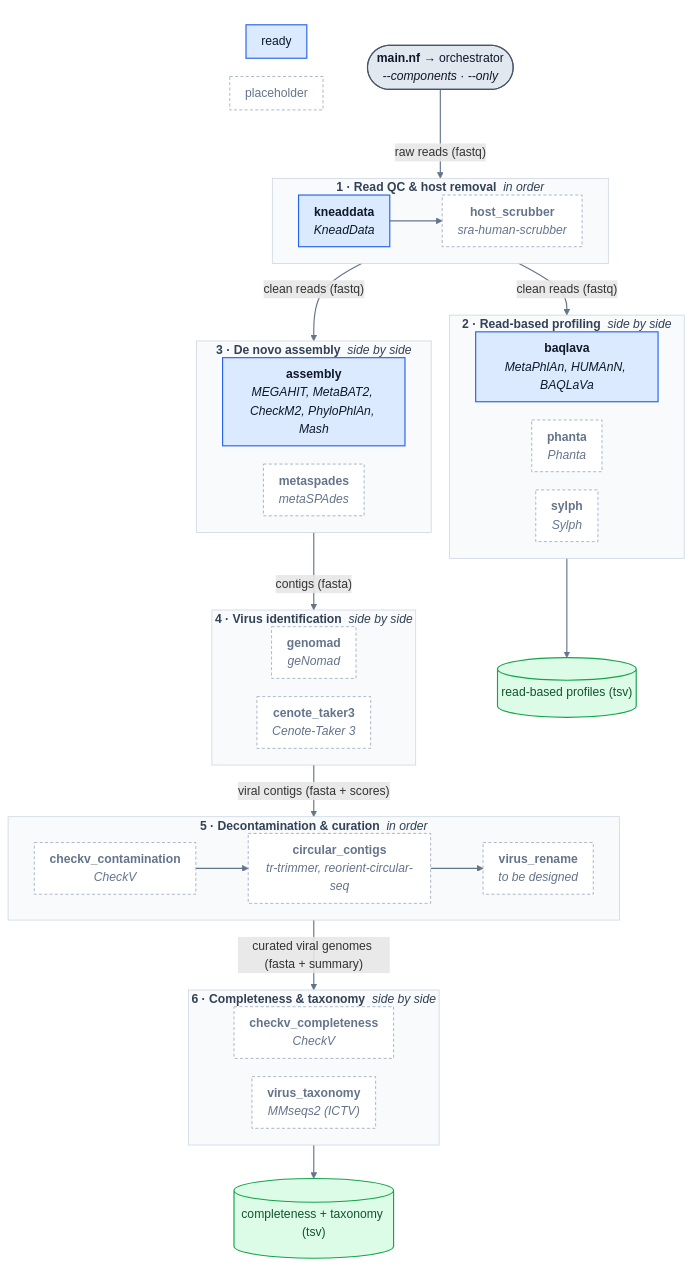
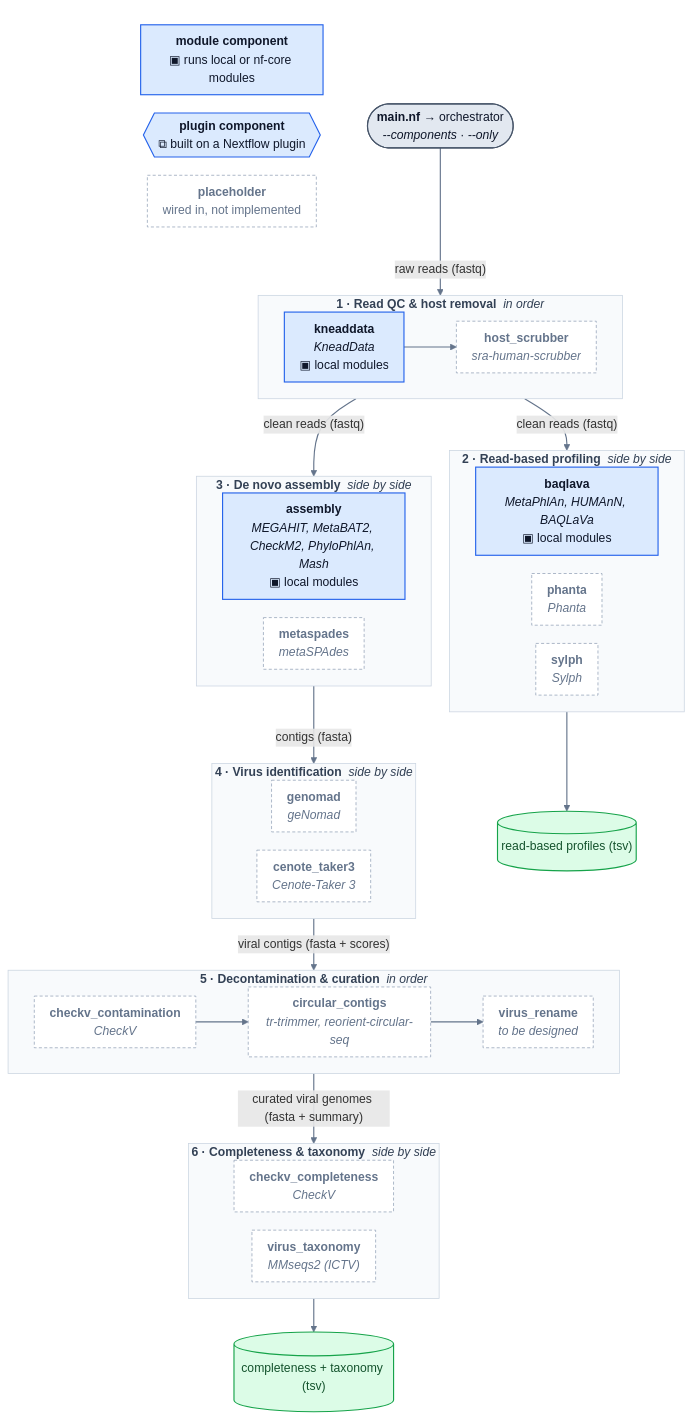
One commit to biobakery/HVP-nextflow changed the diagram in README.md. Above: the diagram before and after it, drawn with Mermaid. The commit also changed other lines of this file and 5 other files, not shown here.

First line of the commit message:
Show in the figure whether a component is built from modules or a Nextflow plugin

````diff
--- a/README.md
+++ b/README.md
@@ -17,70 +17,71 @@
 ```mermaid
 %%{init: {"flowchart": {"curve": "basis", "nodeSpacing": 24, "rankSpacing": 44, "padding": 10}}}%%
 flowchart TB
     entry(["<b>main.nf</b> → orchestrator<br/><i>--components</i> · <i>--only</i>"])
     subgraph st_preprocess["<b>1 · Read QC & host removal</b> &nbsp;<i>in order</i>"]
         direction LR
-        kneaddata["<b>kneaddata</b><br/><i>KneadData</i>"]
+        kneaddata["<b>kneaddata</b><br/><i>KneadData</i><br/>▣ local modules"]
         host_scrubber["<b>host_scrubber</b><br/><i>sra-human-scrubber</i>"]
         kneaddata --> host_scrubber
     end
     subgraph st_read_profiling["<b>2 · Read-based profiling</b> &nbsp;<i>side by side</i>"]
         direction LR
-        baqlava["<b>baqlava</b><br/><i>MetaPhlAn, HUMAnN, BAQLaVa</i>"]
+        baqlava["<b>baqlava</b><br/><i>MetaPhlAn, HUMAnN, BAQLaVa</i><br/>▣ local modules"]
         phanta["<b>phanta</b><br/><i>Phanta</i>"]
         sylph["<b>sylph</b><br/><i>Sylph</i>"]
     end
     subgraph st_assembly["<b>3 · De novo assembly</b> &nbsp;<i>side by side</i>"]
         direction LR
-        assembly["<b>assembly</b><br/><i>MEGAHIT, MetaBAT2, CheckM2, PhyloPhlAn, Mash</i>"]
+        assembly["<b>assembly</b><br/><i>MEGAHIT, MetaBAT2, CheckM2, PhyloPhlAn, Mash</i><br/>▣ local modules"]
         metaspades["<b>metaspades</b><br/><i>metaSPAdes</i>"]
     end
     subgraph st_virus_identification["<b>4 · Virus identification</b> &nbsp;<i>side by side</i>"]
         direction LR
         genomad["<b>genomad</b><br/><i>geNomad</i>"]
         cenote_taker3["<b>cenote_taker3</b><br/><i>Cenote-Taker 3</i>"]
     end
     subgraph st_virus_curation["<b>5 · Decontamination & curation</b> &nbsp;<i>in order</i>"]
         direction LR
         checkv_contamination["<b>checkv_contamination</b><br/><i>CheckV</i>"]
         circular_contigs["<b>circular_contigs</b><br/><i>tr-trimmer, reorient-circular-seq</i>"]
         virus_rename["<b>virus_rename</b><br/><i>to be designed</i>"]
         checkv_contamination --> circular_contigs
         circular_contigs --> virus_rename
     end
     subgraph st_characterisation["<b>6 · Completeness & taxonomy</b> &nbsp;<i>side by side</i>"]
         direction LR
         checkv_completeness["<b>checkv_completeness</b><br/><i>CheckV</i>"]
         virus_taxonomy["<b>virus_taxonomy</b><br/><i>MMseqs2 (ICTV)</i>"]
     end
     entry -- "raw reads (fastq)" --> st_preprocess
     st_preprocess -- "clean reads (fastq)" --> st_read_profiling
     st_preprocess -- "clean reads (fastq)" --> st_assembly
     st_assembly -- "contigs (fasta)" --> st_virus_identification
     st_virus_identification -- "viral contigs (fasta + scores)" --> st_virus_curation
     st_virus_curation -- "curated viral genomes (fasta + summary)" --> st_characterisation
     st_read_profiling --> out_read_profiles[("read-based profiles (tsv)")]
     st_characterisation --> out_annotations[("completeness + taxonomy (tsv)")]
     subgraph legend[" "]
         direction LR
-        l_ready["ready"]
-        l_skel["placeholder"]
+        l_module["<b>module component</b><br/>▣ runs local or nf-core modules"]
+        l_plugin{{"<b>plugin component</b><br/>⧉ built on a Nextflow plugin"}}
+        l_skel["<b>placeholder</b><br/>wired in, not implemented"]
     end
 
     classDef ready fill:#dbeafe,stroke:#2563eb,stroke-width:1.5px,color:#0f172a
     classDef skeleton fill:#ffffff,stroke:#94a3b8,stroke-width:1px,stroke-dasharray:4 3,color:#64748b
     classDef entry fill:#e2e8f0,stroke:#475569,stroke-width:1.5px,color:#0f172a
     classDef output fill:#dcfce7,stroke:#16a34a,stroke-width:1.5px,color:#14532d
-    class kneaddata,baqlava,assembly,l_ready ready
+    class kneaddata,baqlava,assembly,l_module,l_plugin ready
     class host_scrubber,phanta,sylph,metaspades,genomad,cenote_taker3,checkv_contamination,circular_contigs,virus_rename,checkv_completeness,virus_taxonomy,l_skel skeleton
     class entry entry
     class out_read_profiles,out_annotations output
     style st_preprocess fill:#f8fafc,stroke:#cbd5e1,stroke-width:1px,color:#334155
     style st_read_profiling fill:#f8fafc,stroke:#cbd5e1,stroke-width:1px,color:#334155
     style st_assembly fill:#f8fafc,stroke:#cbd5e1,stroke-width:1px,color:#334155
     style st_virus_identification fill:#f8fafc,stroke:#cbd5e1,stroke-width:1px,color:#334155
     style st_virus_curation fill:#f8fafc,stroke:#cbd5e1,stroke-width:1px,color:#334155
     style st_characterisation fill:#f8fafc,stroke:#cbd5e1,stroke-width:1px,color:#334155
     style legend fill:none,stroke:none
     linkStyle default stroke:#64748b,stroke-width:1.5px
 ```
````
